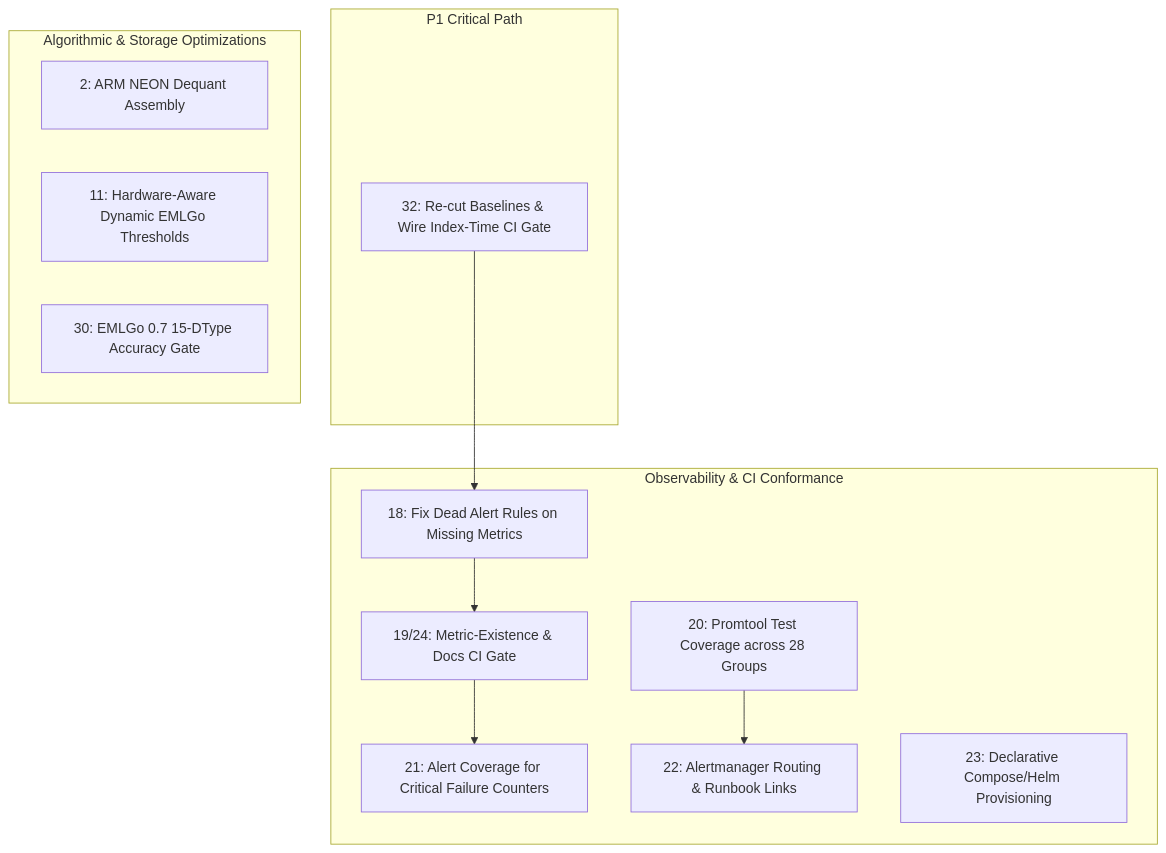
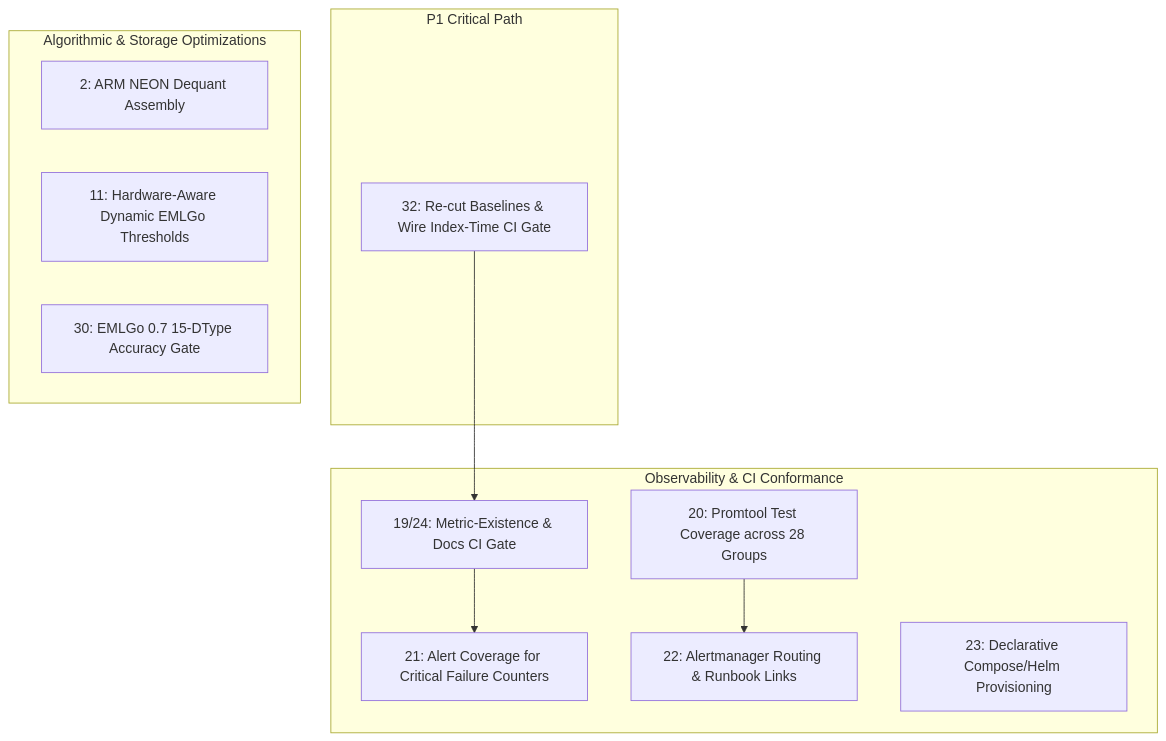
The diagram in docs/roadmap.md (23skdu/longbow), drawn with Mermaid before and after one commit. The commit also changed other lines of this file, not shown here.

Commit message:
docs(roadmap): update changelog with Item 18 completion

````diff
--- a/docs/roadmap.md
+++ b/docs/roadmap.md
@@ -15,24 +15,22 @@
 ```mermaid
 graph TD
     subgraph P1["P1 Critical Path"]
         I32["32: Re-cut Baselines & Wire Index-Time CI Gate"]
     end
     subgraph P2["Algorithmic & Storage Optimizations"]
         I2["2: ARM NEON Dequant Assembly"]
         I11["11: Hardware-Aware Dynamic EMLGo Thresholds"]
         I30["30: EMLGo 0.7 15-DType Accuracy Gate"]
     end
     subgraph P3["Observability & CI Conformance"]
-        I18["18: Fix Dead Alert Rules on Missing Metrics"]
         I19["19/24: Metric-Existence & Docs CI Gate"]
         I21["21: Alert Coverage for Critical Failure Counters"]
         I20["20: Promtool Test Coverage across 28 Groups"]
         I22["22: Alertmanager Routing & Runbook Links"]
         I23["23: Declarative Compose/Helm Provisioning"]
     end
 
-    I32 --> I18
-    I18 --> I19
+    I32 --> I19
     I19 --> I21
     I20 --> I22
 ```
````
